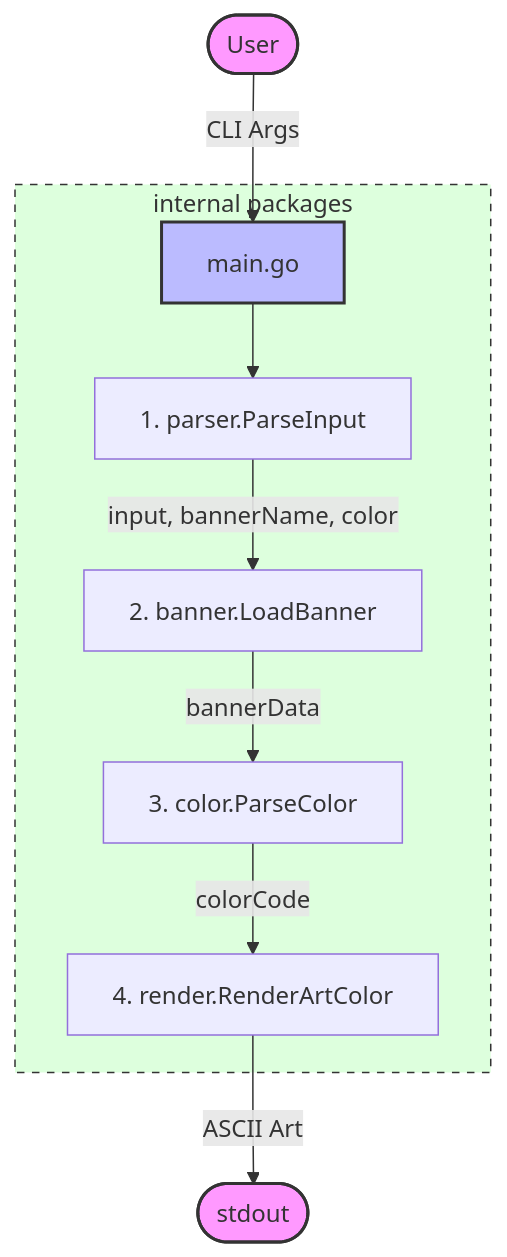
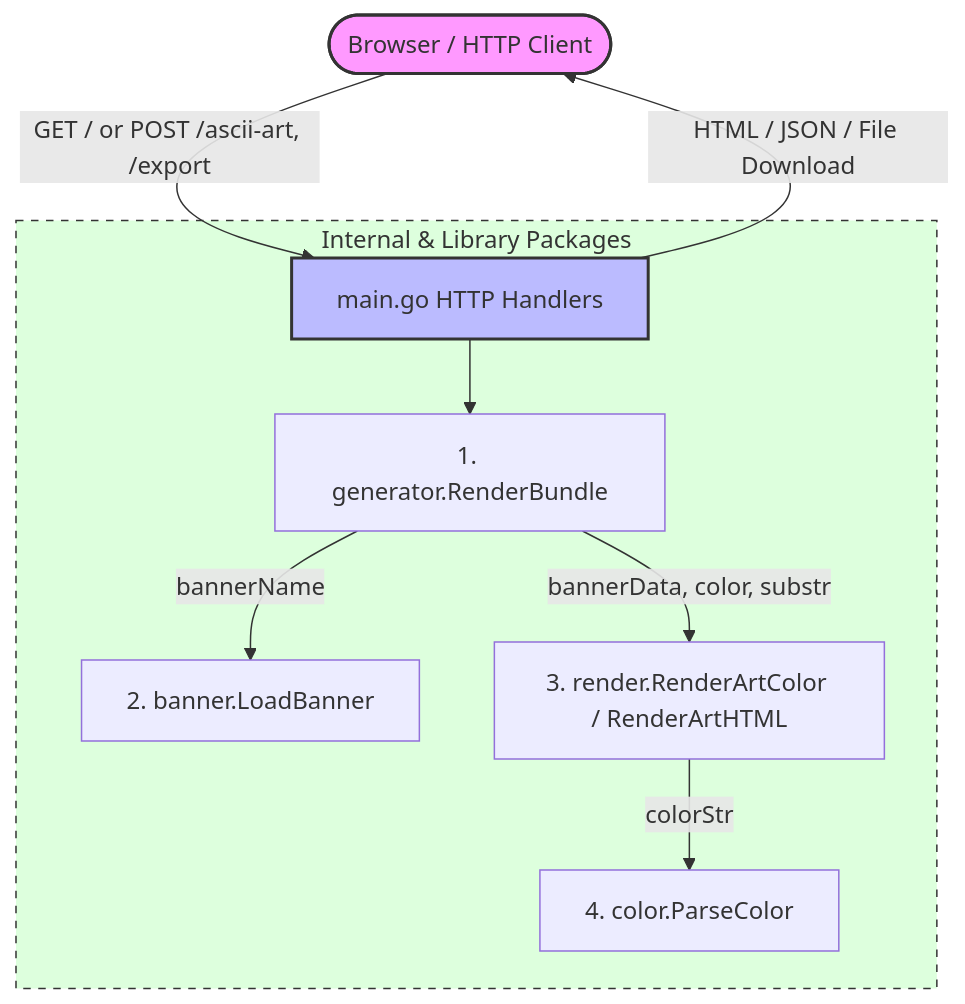
Before and after one commit to gelafros/ascii_art_web: the diagram in docs/architecture.MD, drawn with Mermaid. The commit also changed other lines of this file and 6 other files, not shown here.

Commit message:
docs: align architecture docs with web endpoints and polish Docker/CI config

````diff
--- a/docs/architecture.MD
+++ b/docs/architecture.MD
@@ -19,16 +19,15 @@
 ```mermaid
 graph TD
-    User([User]) -->|CLI Args| Main[main.go]
-    subgraph Internal [internal packages]
-        Main --> Parse[1. parser.ParseInput]
-        Parse -->|input, bannerName, color| Load[2. banner.LoadBanner]
-        Load -->|bannerData| Color[3. color.ParseColor]
-        Color -->|colorCode| Render[4. render.RenderArtColor]
+    Client([Browser / HTTP Client]) -->|GET / or POST /ascii-art, /export| Main[main.go HTTP Handlers]
+    subgraph Internal [Internal & Library Packages]
+        Main --> Gen[1. generator.RenderBundle]
+        Gen -->|bannerName| Load[2. banner.LoadBanner]
+        Gen -->|bannerData, color, substr| Render[3. render.RenderArtColor / RenderArtHTML]
+        Render -->|colorStr| Color[4. color.ParseColor]
     end
-    Render -->|ASCII Art| Stdout([stdout])
+    Main -->|HTML / JSON / File Download| Client
 
-    style User fill:#f9f,stroke:#333,stroke-width:2px
-    style Stdout fill:#f9f,stroke:#333,stroke-width:2px
+    style Client fill:#f9f,stroke:#333,stroke-width:2px
     style Main fill:#bbf,stroke:#333,stroke-width:2px
     style Internal fill:#dfd,stroke:#333,stroke-width:1px,stroke-dasharray: 5 5
 ```
````
